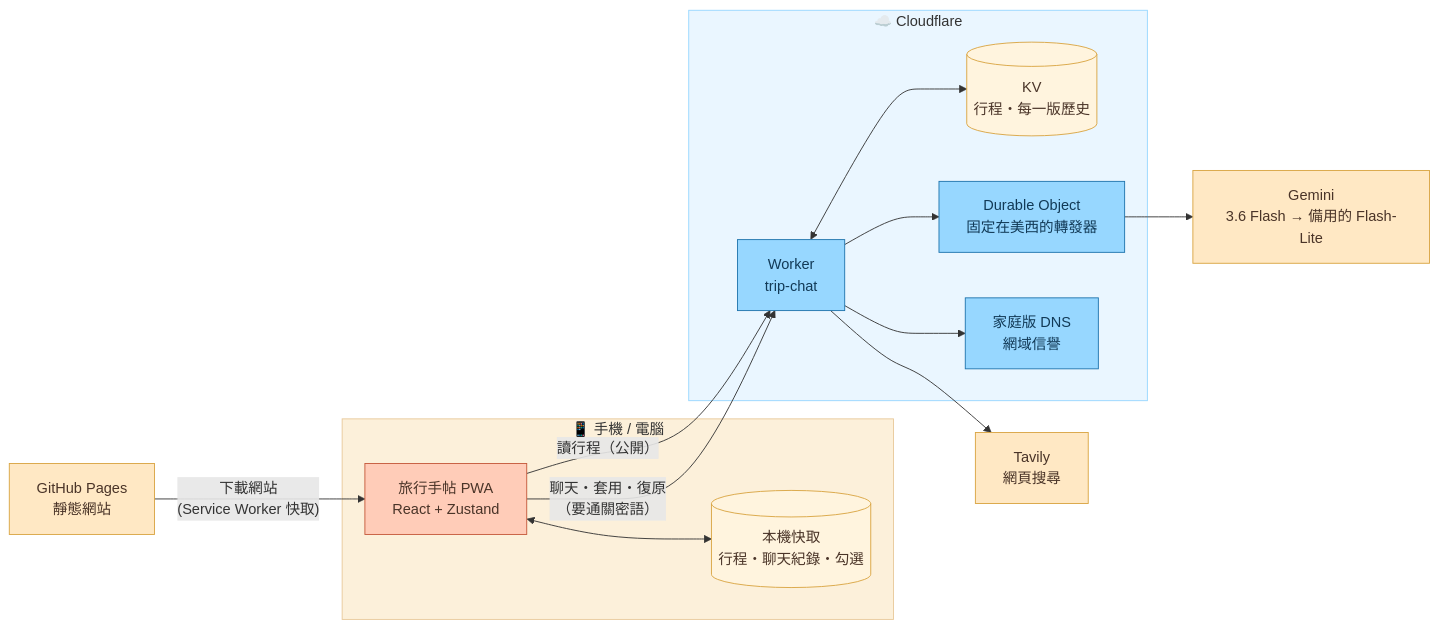
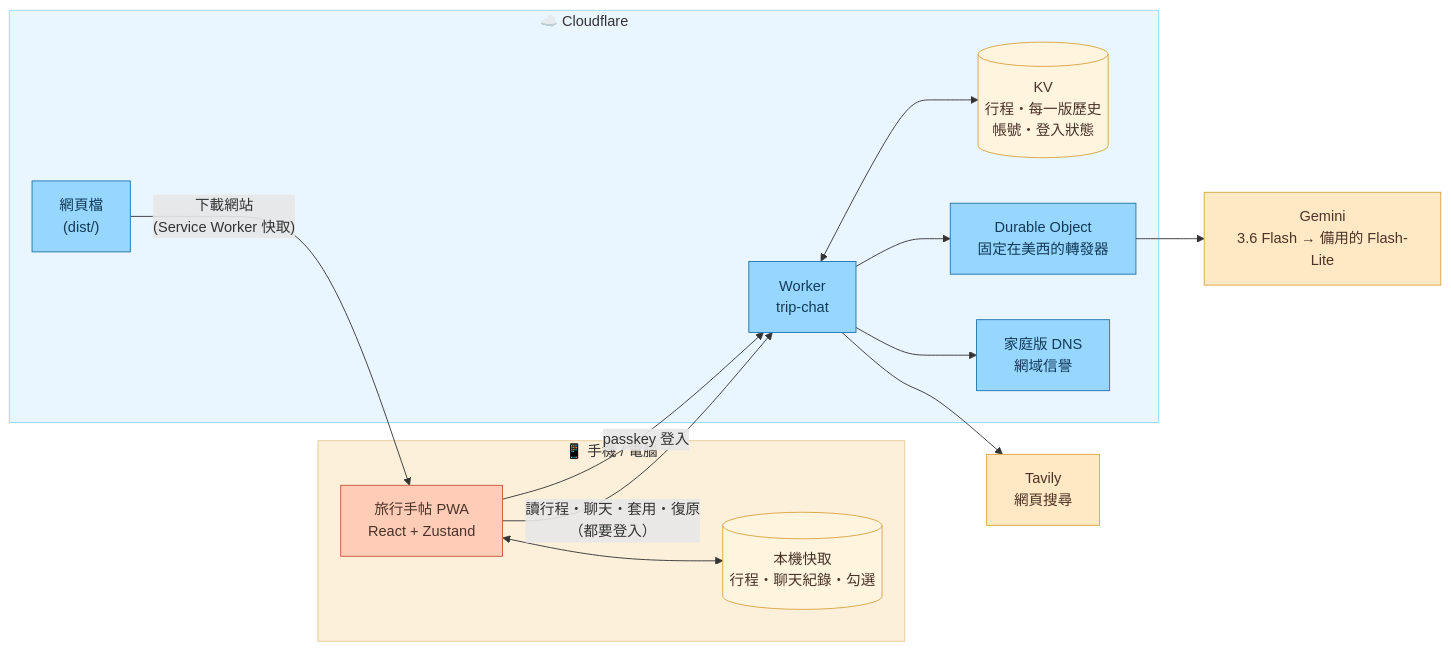
Before and after one commit to henry190927/trip-planner: the first of 5 diagrams in README.md, drawn with Mermaid. The commit also changed other lines of this file and 57 other files, not shown here.

````diff
--- a/README.md
+++ b/README.md
@@ -11,40 +15,39 @@
 ```mermaid
 flowchart LR
   subgraph phone["📱 手機 / 電腦"]
     app["旅行手帖 PWA<br/>React + Zustand"]
     cache[("本機快取<br/>行程・聊天紀錄・勾選")]
     app <--> cache
   end
 
-  pages["GitHub Pages<br/>靜態網站"]
-  pages -- "下載網站<br/>(Service Worker 快取)" --> app
-
   subgraph cf["☁️ Cloudflare"]
+    assets["網頁檔<br/>(dist/)"]
     worker["Worker<br/>trip-chat"]
-    kv[("KV<br/>行程・每一版歷史")]
+    kv[("KV<br/>行程・每一版歷史<br/>帳號・登入狀態")]
     relay["Durable Object<br/>固定在美西的轉發器"]
     dns["家庭版 DNS<br/>網域信譽"]
     worker <--> kv
     worker --> relay
     worker --> dns
   end
 
   gemini["Gemini<br/>3.6 Flash → 備用的 Flash-Lite"]
   tavily["Tavily<br/>網頁搜尋"]
 
-  app -- "讀行程（公開）" --> worker
-  app -- "聊天・套用・復原<br/>（要通關密語）" --> worker
+  assets -- "下載網站<br/>(Service Worker 快取)" --> app
+  app -- "passkey 登入" --> worker
+  app -- "讀行程・聊天・套用・復原<br/>（都要登入）" --> worker
   relay --> gemini
   worker --> tavily
 
   classDef client fill:#FFCCB8,stroke:#c4583a,color:#4a3428
   classDef edge fill:#97D7FF,stroke:#1f74ad,color:#123a57
   classDef store fill:#FFF4DE,stroke:#d9a441,color:#4a3428
   classDef ext fill:#FFE8C4,stroke:#d9a441,color:#4a3428
   class app client
-  class worker,relay,dns edge
+  class worker,relay,dns,assets edge
   class kv,cache store
-  class pages,gemini,tavily ext
+  class gemini,tavily ext
   style phone fill:#FCF0DA,stroke:#e8c99a
   style cf fill:#eaf6ff,stroke:#97D7FF
 ```
````
